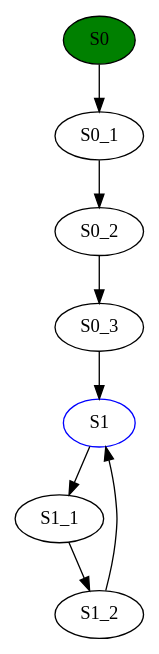
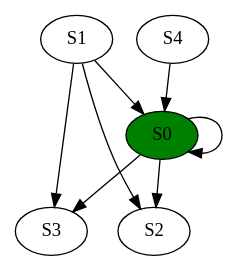
The diagram in dotsource.dot (Issamoh/Automata-operations), drawn with Graphviz before and after one commit. The commit also changed 5 other files, not shown here.

```diff
--- a/dotsource.dot
+++ b/dotsource.dot
@@ -1,11 +1,10 @@
 digraph G {
-S1 [color=blue];
 S0 [style=filled, fillcolor=green];
-S0_3 -> S1;
-S1_2 -> S1;
-S0_1 -> S0_2;
-S0_2 -> S0_3;
-S1_1 -> S1_2;
-S0 -> S0_1;
-S1 -> S1_1;
+S4 -> S0;
+S0 -> S0;
+S0 -> S2;
+S0 -> S3;
+S1 -> S0;
+S1 -> S2;
+S1 -> S3;
 }
```
